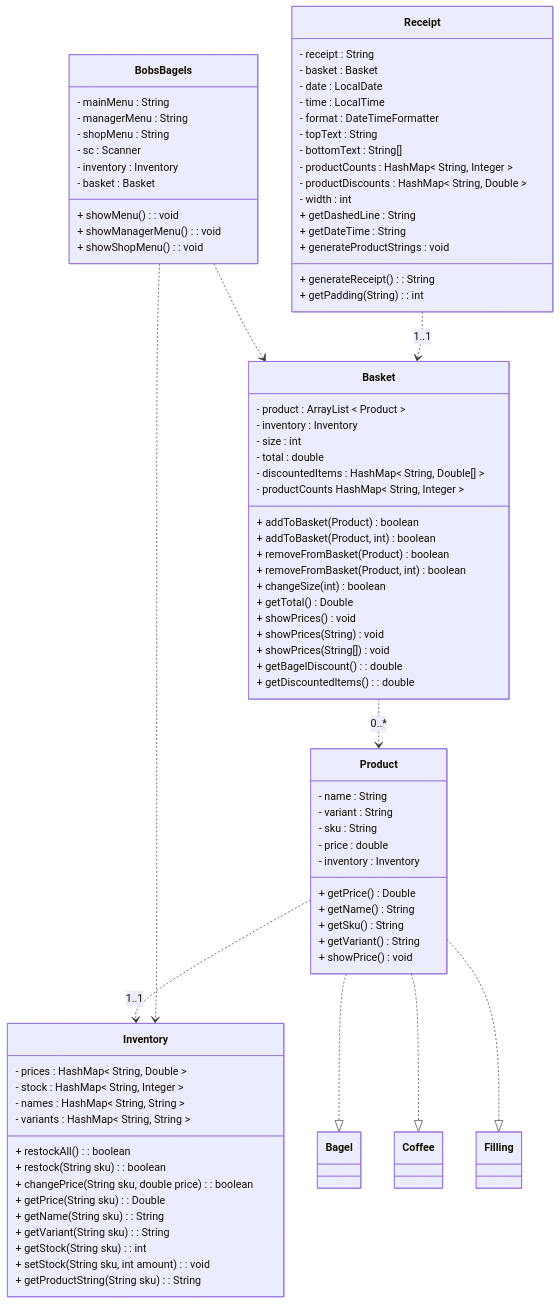
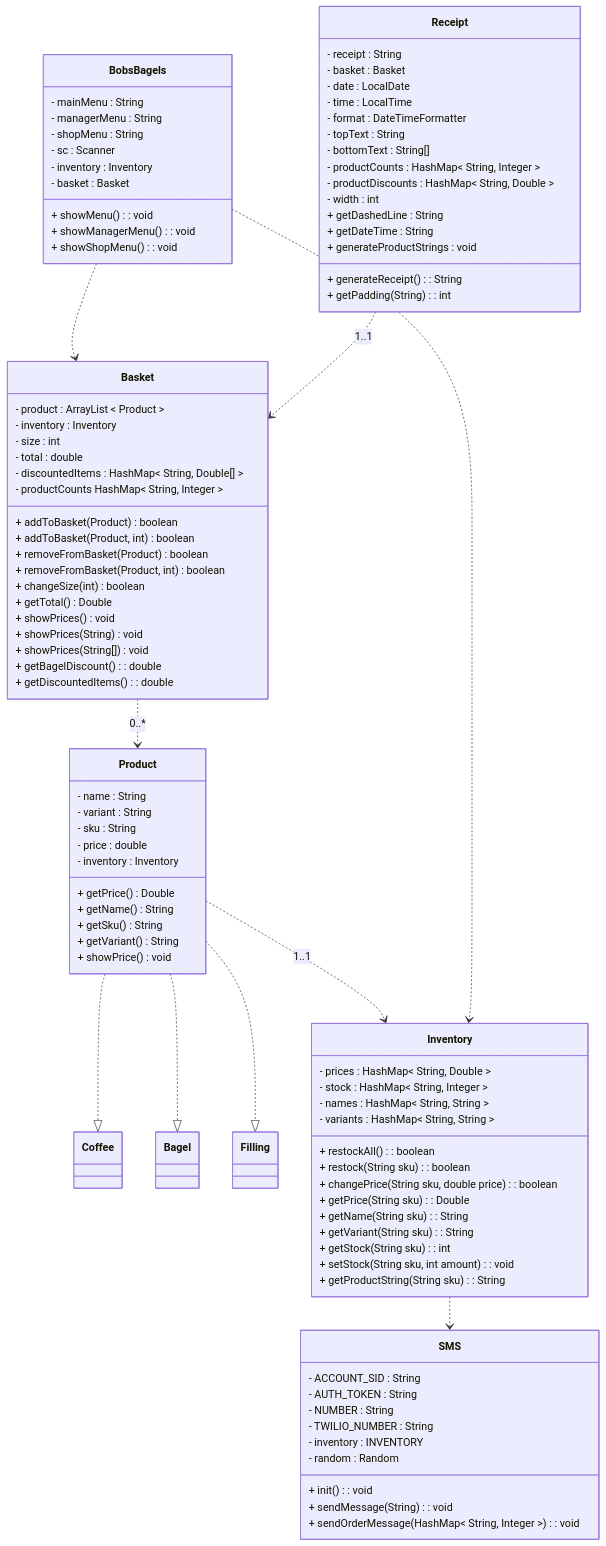
Before and after one commit to nora-hansen/java-tdd-oop-bobs-bagels: the diagram in class-diagram.md, drawn with Mermaid. The commit also changed 9 other files, not shown here.

Commit message:
Trying more with Twilio, sends order message

`````diff
--- a/class-diagram.md
+++ b/class-diagram.md
@@ -83,6 +83,17 @@
         + getDateTime : String
         + generateProductStrings : void
     }
+    class SMS{
+        - ACCOUNT_SID : String
+        - AUTH_TOKEN : String
+        - NUMBER : String
+        - TWILIO_NUMBER : String
+        - inventory : INVENTORY
+        - random : Random
+        + init() : void
+        + sendMessage(String) : void
+        + sendOrderMessage(HashMap< String, Integer >) : void
+    }
     Basket ..> Product : 0..*
     Product ..> Inventory : 1..1
     BobsBagels ..> Basket
@@ -91,4 +102,5 @@
     Product ..|> Bagel
     Product ..|> Coffee
     Product ..|> Filling
+    Inventory ..> SMS
 ````
`````
